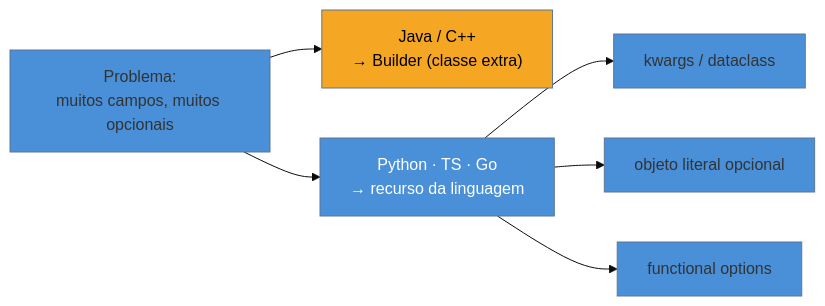
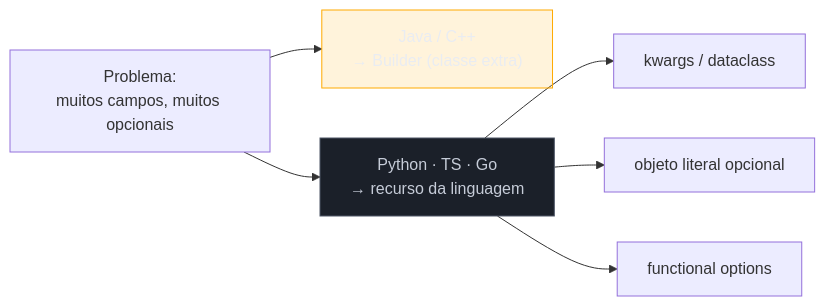
One commit to josenaldo/codex-technomanticus changed the diagram in 03-Dominios/Engenharia/Design de Software/Padrões de Projeto/Clássicos (GoF)/05 - Builder.md. Above: the diagram before and after it, drawn with Mermaid. The commit also changed 1181 other files, not shown here.

First line of the commit message:
fix(diagramas): paleta do sistema no lugar de cor cravada no markdown

````diff
--- a/03-Dominios/Engenharia/Design de Software/Padrões de Projeto/Clássicos (GoF)/05 - Builder.md
+++ b/03-Dominios/Engenharia/Design de Software/Padrões de Projeto/Clássicos (GoF)/05 - Builder.md
@@ -105,12 +105,13 @@
 ```mermaid
-%%{init: {"theme": "base", "themeVariables": {"primaryColor": "#4A90D9"}}}%%
 graph LR
+    classDef destaque fill:#FFAA0024,stroke:#FFAA00,color:#E9ECF2
+    classDef neutro fill:#1B2029,stroke:#4E5666,color:#C6CCD8
     P["Problema:<br/>muitos campos, muitos opcionais"] --> J["Java / C++<br/>→ Builder (classe extra)"]
     P --> O["Python · TS · Go<br/>→ recurso da linguagem"]
     O --> O1["kwargs / dataclass"]
     O --> O2["objeto literal opcional"]
     O --> O3["functional options"]
 
-    style J fill:#F5A623,color:#000
-    style O fill:#4A90D9,color:#fff
+    class J destaque
+    class O neutro
 ```
````
